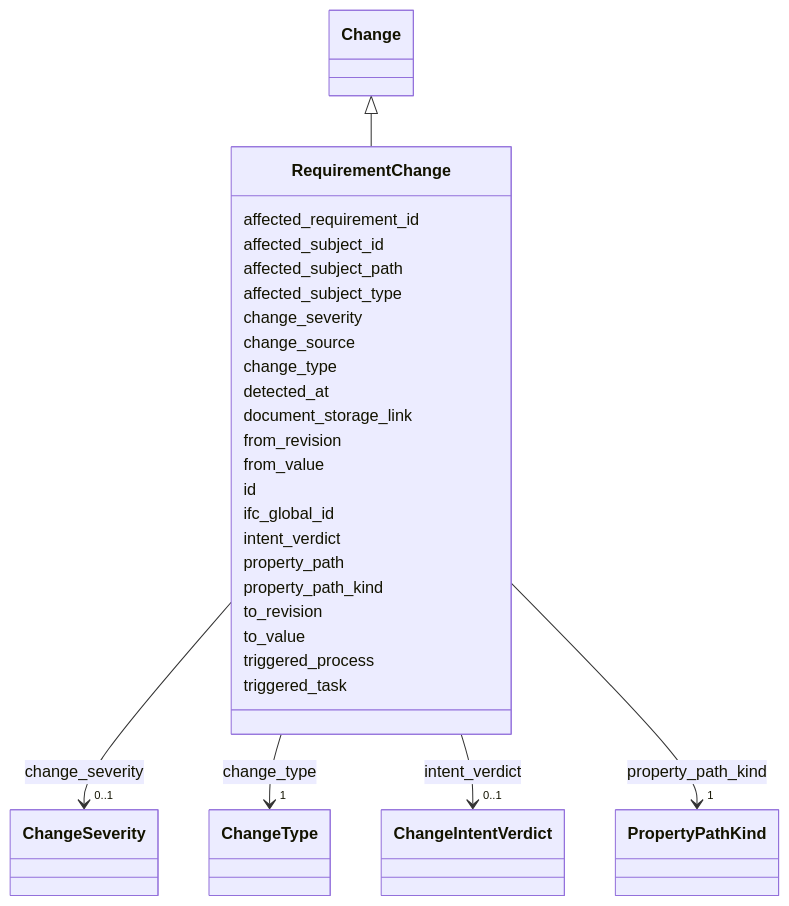
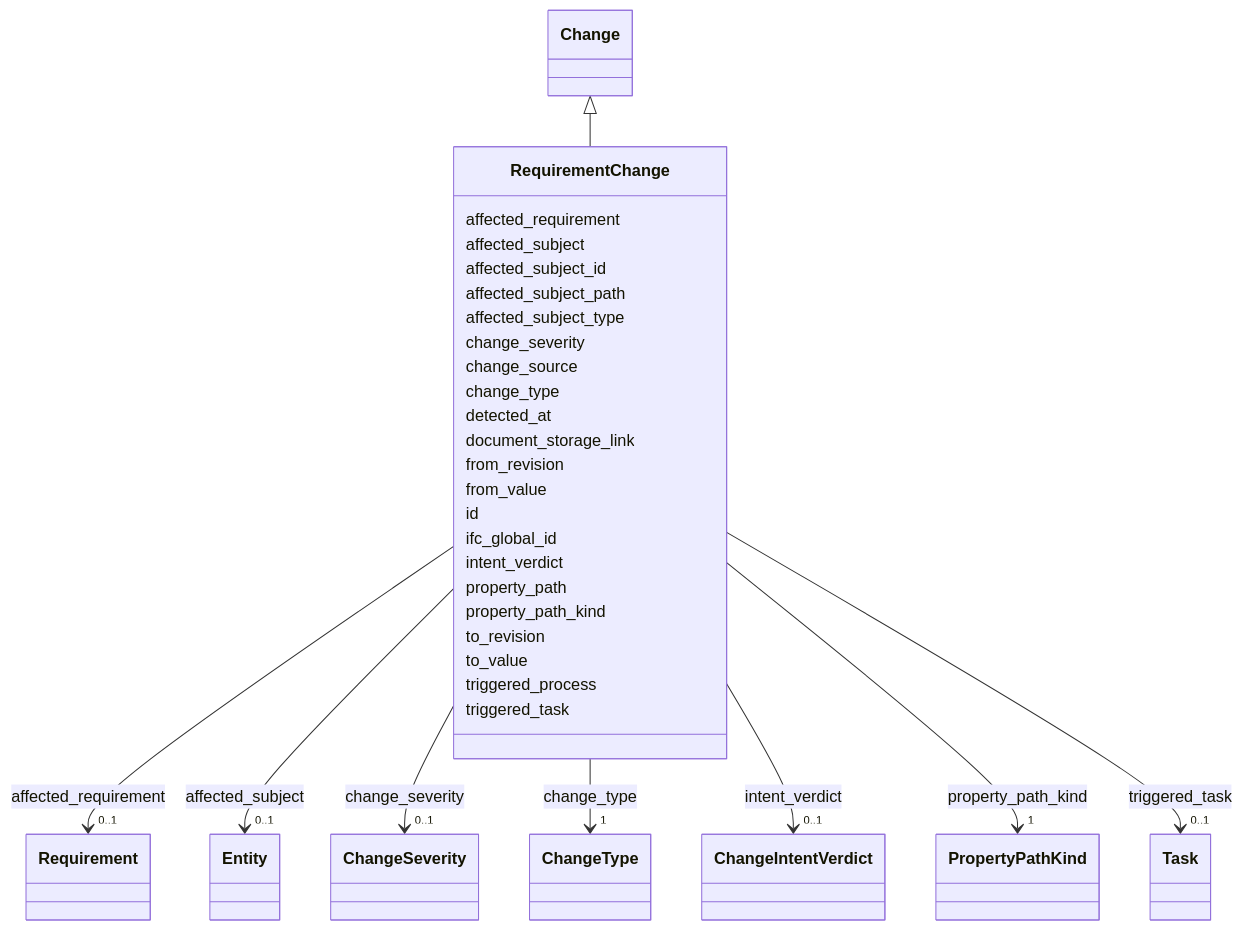
One commit to simondilhas/pragmatic-bim-data-contract changed the diagram in schema/.md-src/RequirementChange.md. Above: the diagram before and after it, drawn with Mermaid. The commit also changed other lines of this file and 1888 other files, not shown here.

````diff
--- a/schema/.md-src/RequirementChange.md
+++ b/schema/.md-src/RequirementChange.md
@@ -23,35 +23,42 @@
 ```mermaid
  classDiagram
     class RequirementChange
     click RequirementChange href "./RequirementChange.html"
       Change <|-- RequirementChange
         click Change href "./Change.html"
-      RequirementChange : affected_requirement_id
+      RequirementChange : affected_requirement
+        RequirementChange --> "0..1" Requirement : affected_requirement
+        click Requirement href "./Requirement.html"
+      RequirementChange : affected_subject
+        RequirementChange --> "0..1" Entity : affected_subject
+        click Entity href "./Entity.html"
       RequirementChange : affected_subject_id
       RequirementChange : affected_subject_path
       RequirementChange : affected_subject_type
       RequirementChange : change_severity
         RequirementChange --> "0..1" ChangeSeverity : change_severity
         click ChangeSeverity href "./ChangeSeverity.html"
       RequirementChange : change_source
       RequirementChange : change_type
         RequirementChange --> "1" ChangeType : change_type
         click ChangeType href "./ChangeType.html"
       RequirementChange : detected_at
       RequirementChange : document_storage_link
       RequirementChange : from_revision
       RequirementChange : from_value
       RequirementChange : id
       RequirementChange : ifc_global_id
       RequirementChange : intent_verdict
         RequirementChange --> "0..1" ChangeIntentVerdict : intent_verdict
         click ChangeIntentVerdict href "./ChangeIntentVerdict.html"
       RequirementChange : property_path
       RequirementChange : property_path_kind
         RequirementChange --> "1" PropertyPathKind : property_path_kind
         click PropertyPathKind href "./PropertyPathKind.html"
       RequirementChange : to_revision
       RequirementChange : to_value
       RequirementChange : triggered_process
       RequirementChange : triggered_task
+        RequirementChange --> "0..1" Task : triggered_task
+        click Task href "./Task.html"
 ```
````
